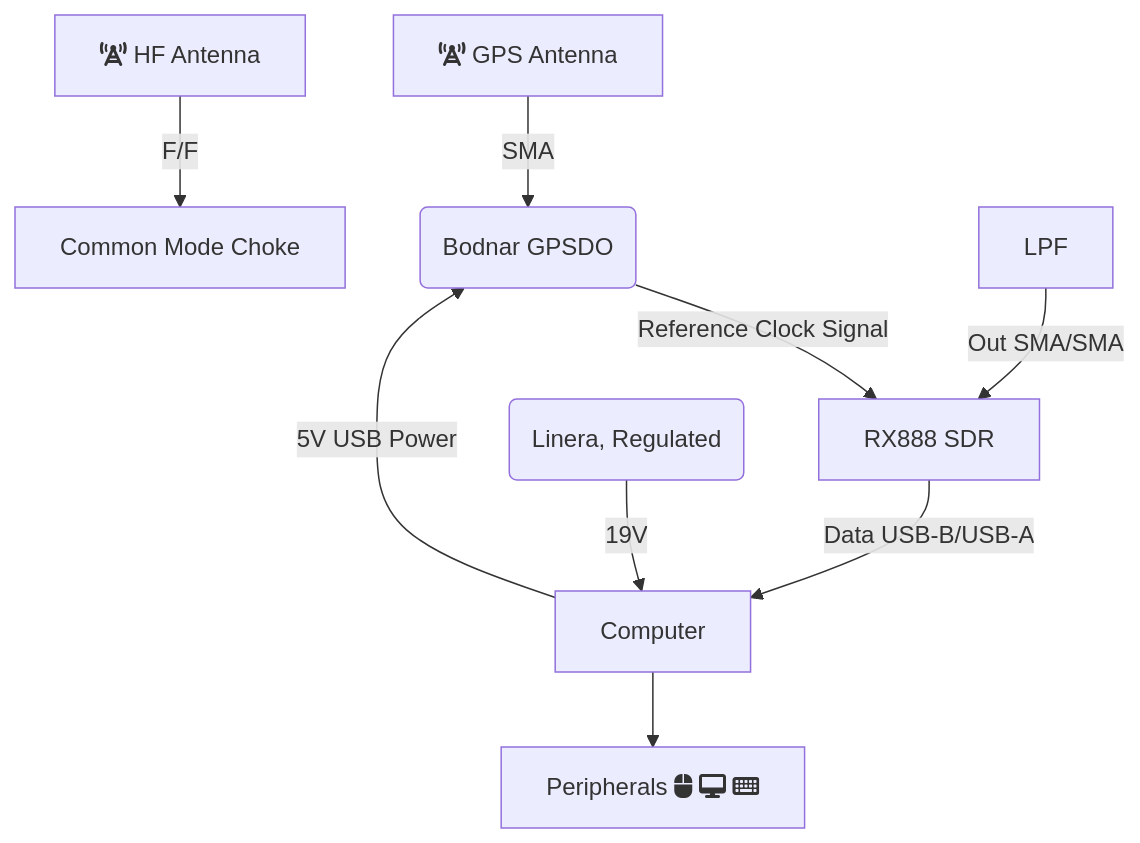
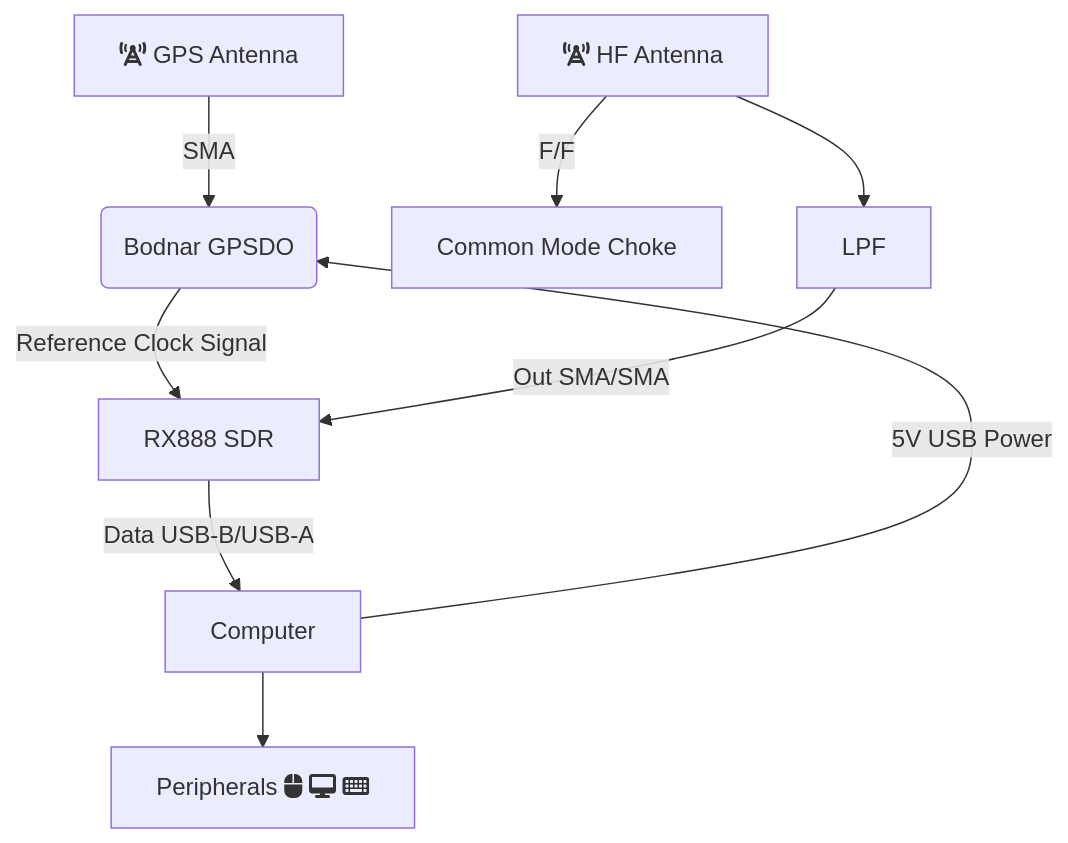
Before and after one commit to HamSCI/HFRx: the diagram in docs/3_build.md, drawn with Mermaid.

Commit message:
Update 3_build.md
WIP on #2

````diff
--- a/docs/3_build.md
+++ b/docs/3_build.md
@@ -12,11 +12,11 @@
 ```mermaid
 flowchart TD
     A[fa:fa-tower-cell GPS Antenna] -->|SMA| Bodnar(Bodnar GPSDO)
     Bodnar -->|Reference Clock Signal| RX888[RX888 SDR]
     Computer -->|5V USB Power| Bodnar
     HF[fa:fa-tower-cell HF Antenna] -->|F/F| CMC[Common Mode Choke]
     LPF --> |Out SMA/SMA| RX888
+    HF --> LPF
     RX888 --> |Data USB-B/USB-A| Computer
     Computer --> Peripherals[Peripherals fa:fa-computer-mouse fa:fa-desktop fa:fa-keyboard]
-    Power(Linera, Regulated) --> |19V| Computer
 ```
````
